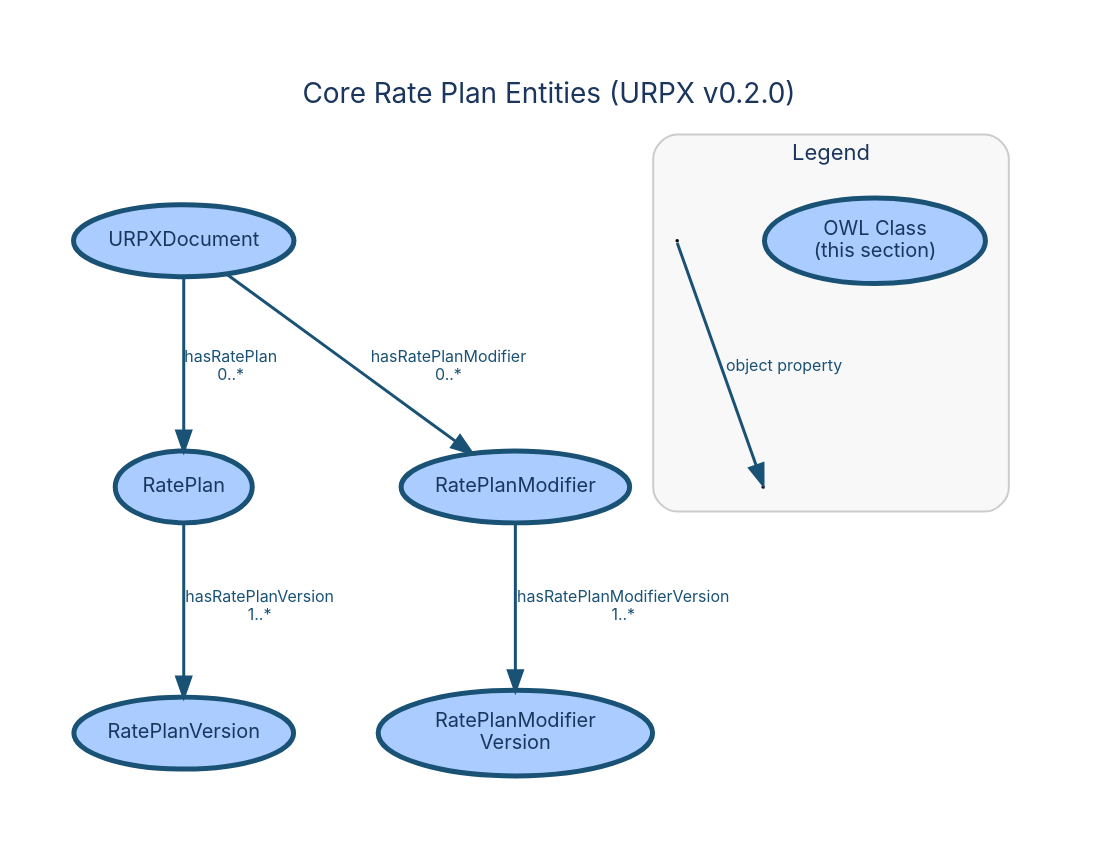
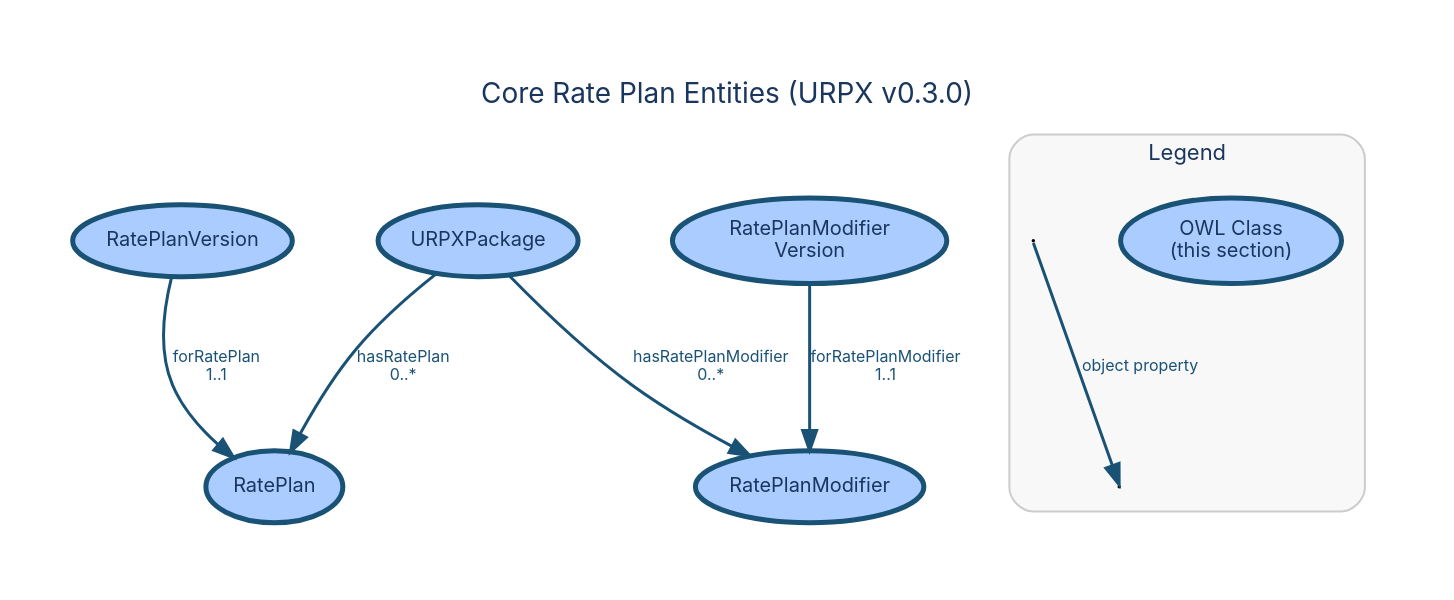
Before and after one commit to urpx-org/urpx: the diagram in documentation/diagrams/dictionary/core-rate-plan-entities.dot, drawn with Graphviz. The commit also changed 18 other files, not shown here.

```diff
--- a/documentation/diagrams/dictionary/core-rate-plan-entities.dot
+++ b/documentation/diagrams/dictionary/core-rate-plan-entities.dot
@@ -1,71 +1,71 @@
 digraph "Core Rate Plan Entities" {
     rankdir=TB;
     bgcolor="white";
     pad=0.4;
     nodesep=0.6;
     ranksep=0.9;
     fontname="Inter, Helvetica, Arial, sans-serif";
-    label="Core Rate Plan Entities (URPX v0.2.0)";
+    label="Core Rate Plan Entities (URPX v0.3.0)";
     labelloc="t";
     fontsize=14;
     fontcolor="#1a365d";
     node [fontname="Inter, Helvetica, Arial, sans-serif", fontsize=10, style=filled, fontcolor="#1a365d"];
     edge [fontname="Inter, Helvetica, Arial, sans-serif", fontsize=8, fontcolor="#1a365d"];
 
     // Section classes
-    URPXDocument [
-        label="URPXDocument"
+    URPXPackage [
+        label="URPXPackage"
         shape=ellipse, fillcolor="#aaccff", color="#1a5276", penwidth=2.5
     ];
     RatePlan [
         label="RatePlan"
         shape=ellipse, fillcolor="#aaccff", color="#1a5276", penwidth=2.5
     ];
     RatePlanVersion [
         label="RatePlanVersion"
         shape=ellipse, fillcolor="#aaccff", color="#1a5276", penwidth=2.5
     ];
     RatePlanModifier [
         label="RatePlanModifier"
         shape=ellipse, fillcolor="#aaccff", color="#1a5276", penwidth=2.5
     ];
     RatePlanModifierVersion [
         label="RatePlanModifier\nVersion"
         shape=ellipse, fillcolor="#aaccff", color="#1a5276", penwidth=2.5
     ];
 
     // Object property edges
-    URPXDocument -> RatePlan [
+    URPXPackage -> RatePlan [
         label="hasRatePlan\n0..*", color="#1a5276", fontcolor="#1a5276", penwidth=1.5, weight=10
     ];
-    URPXDocument -> RatePlanModifier [
+    URPXPackage -> RatePlanModifier [
         label="hasRatePlanModifier\n0..*", color="#1a5276", fontcolor="#1a5276", penwidth=1.5
     ];
-    RatePlan -> RatePlanVersion [
-        label="hasRatePlanVersion\n1..*", color="#1a5276", fontcolor="#1a5276", penwidth=1.5, weight=10
+    RatePlanVersion -> RatePlan [
+        label="forRatePlan\n1..1", color="#1a5276", fontcolor="#1a5276", penwidth=1.5, weight=10
     ];
-    RatePlanModifier -> RatePlanModifierVersion [
-        label="hasRatePlanModifierVersion\n1..*", color="#1a5276", fontcolor="#1a5276", penwidth=1.5, weight=10
+    RatePlanModifierVersion -> RatePlanModifier [
+        label="forRatePlanModifier\n1..1", color="#1a5276", fontcolor="#1a5276", penwidth=1.5, weight=10
     ];
 
     // Layout-specified rank groups
-    { rank=same; URPXDocument; }
+    { rank=same; URPXPackage; }
     { rank=same; RatePlan; RatePlanModifier; }
     { rank=same; RatePlanVersion; RatePlanModifierVersion; }
 
     subgraph cluster_legend {
         label="Legend";
         fontname="Inter, Helvetica, Arial, sans-serif";
         fontsize=11;
         fontcolor="#1a365d";
         style=rounded;
         color="#cccccc";
         bgcolor="#f8f8f8";
         margin=12;
 
         leg_class [label="OWL Class\n(this section)", shape=ellipse, fillcolor="#aaccff", color="#1a5276", penwidth=2.5];
         leg_src [label=" ", shape=point, width=0.01];
         leg_tgt1 [label=" ", shape=point, width=0.01];
         leg_src -> leg_tgt1 [label="object property", color="#1a5276", fontcolor="#1a5276", penwidth=1.5];
     }
 }
```
